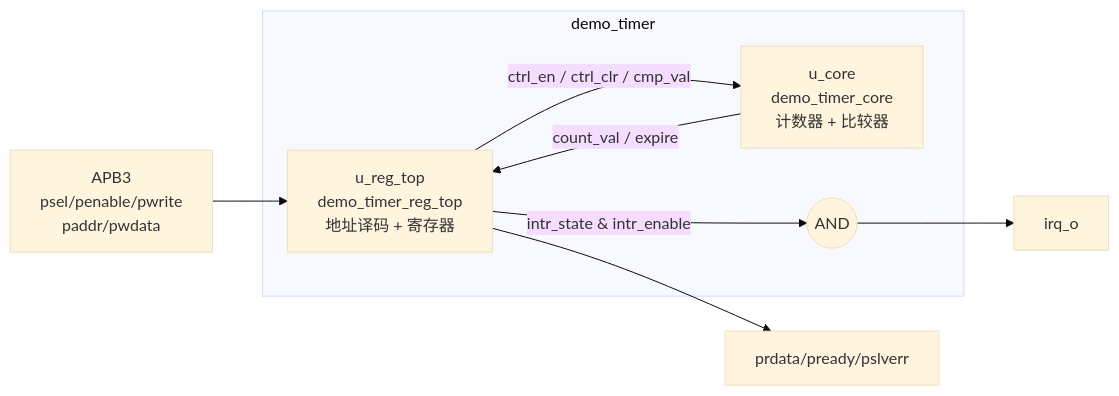
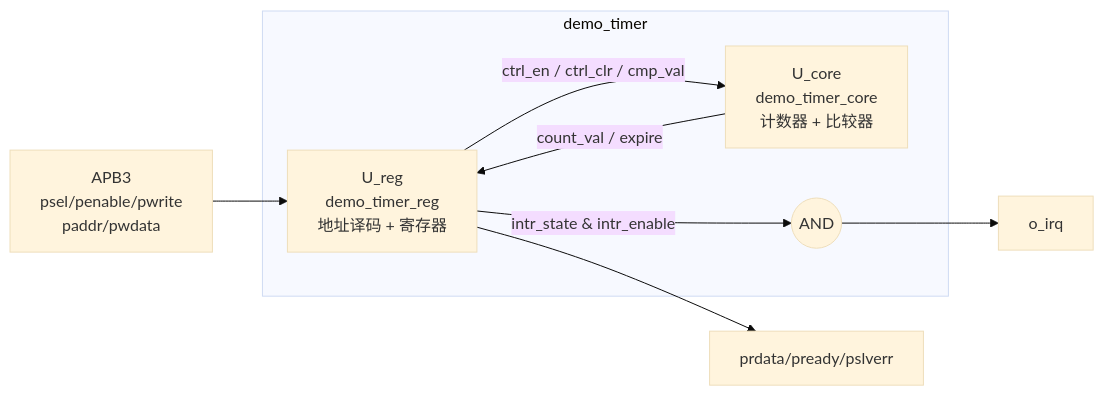
Before and after one commit to rtl-workflow/rtl_doc_agent: the first of 2 diagrams in plugins/rtl-flow/skills/rtl-design-flow/examples/demo_timer/doc/02_architecture.md, drawn with Mermaid (base theme). The commit also changed other lines of this file and 41 other files, not shown here.

First line of the commit message:
rtl-flow 0.3.0: adopt Huawei Verilog coding standard

````diff
--- a/plugins/rtl-flow/skills/rtl-design-flow/examples/demo_timer/doc/02_architecture.md
+++ b/plugins/rtl-flow/skills/rtl-design-flow/examples/demo_timer/doc/02_architecture.md
@@ -16,13 +16,13 @@
 ```mermaid
 flowchart LR
   apb["APB3<br>psel/penable/pwrite<br>paddr/pwdata"] --> reg
   subgraph demo_timer
-    reg["u_reg_top<br>demo_timer_reg_top<br>地址译码 + 寄存器"]
-    core["u_core<br>demo_timer_core<br>计数器 + 比较器"]
+    reg["U_reg<br>demo_timer_reg<br>地址译码 + 寄存器"]
+    core["U_core<br>demo_timer_core<br>计数器 + 比较器"]
     reg -- "ctrl_en / ctrl_clr / cmp_val" --> core
     core -- "count_val / expire" --> reg
     reg -- "intr_state & intr_enable" --> irq((AND))
   end
   reg --> rsp["prdata/pready/pslverr"]
-  irq --> irq_o
+  irq --> o_irq
 ```
````
